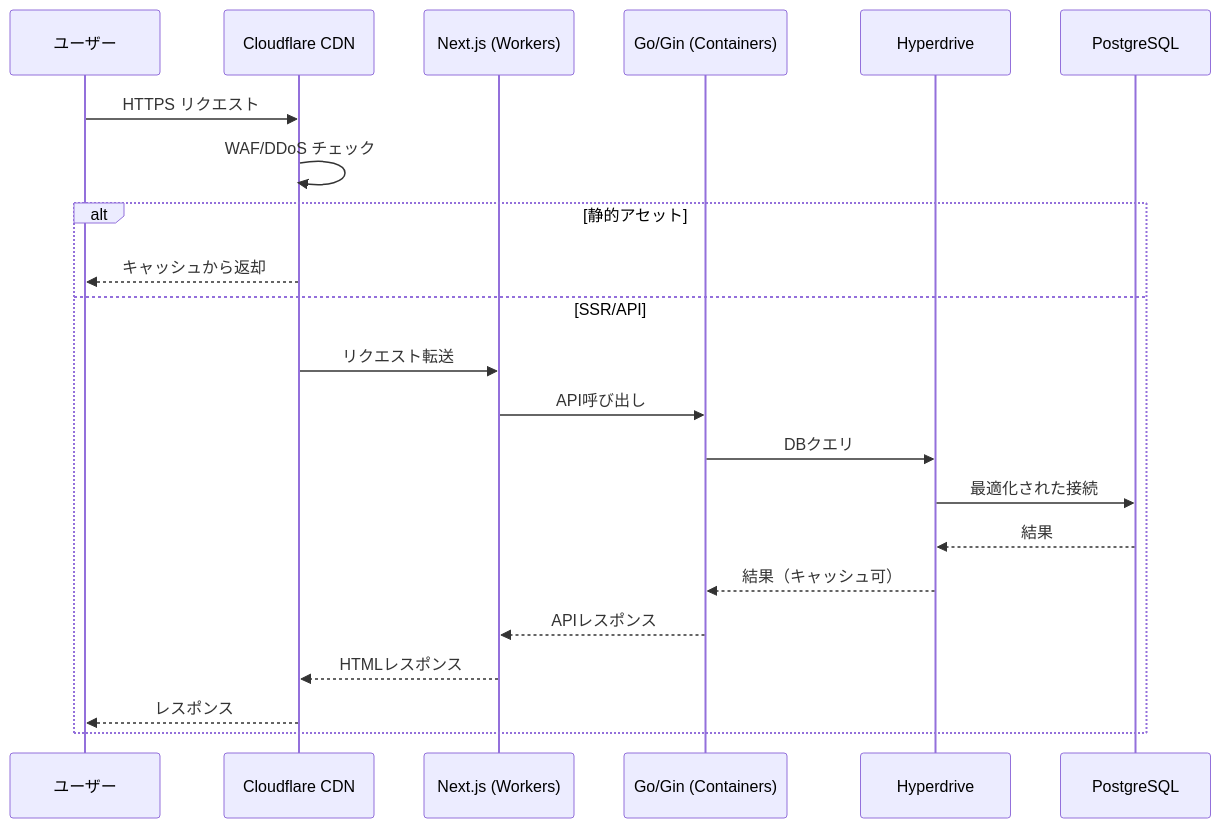
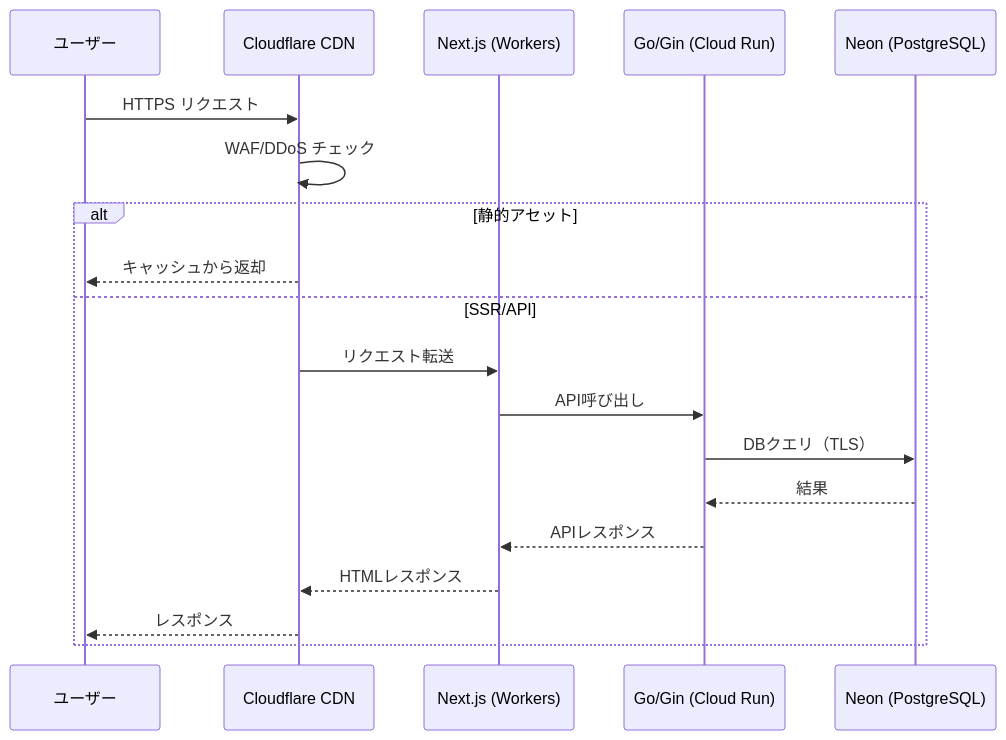
The second of 3 diagrams in docs/infrastructure-configuration.md (yasudaProduct/cinetag), drawn with Mermaid before and after one commit. The commit also changed other lines of this file and 4 other files, not shown here.

````diff
--- a/docs/infrastructure-configuration.md
+++ b/docs/infrastructure-configuration.md
@@ -187,26 +148,23 @@
 ```mermaid
 sequenceDiagram
     participant User as ユーザー
     participant CDN as Cloudflare CDN
     participant FE as Next.js (Workers)
-    participant BE as Go/Gin (Containers)
-    participant HD as Hyperdrive
-    participant DB as PostgreSQL
+    participant BE as Go/Gin (Cloud Run)
+    participant DB as Neon (PostgreSQL)
 
     User->>CDN: HTTPS リクエスト
     CDN->>CDN: WAF/DDoS チェック
     
     alt 静的アセット
         CDN-->>User: キャッシュから返却
     else SSR/API
         CDN->>FE: リクエスト転送
         FE->>BE: API呼び出し
-        BE->>HD: DBクエリ
-        HD->>DB: 最適化された接続
-        DB-->>HD: 結果
-        HD-->>BE: 結果（キャッシュ可）
+        BE->>DB: DBクエリ（TLS）
+        DB-->>BE: 結果
         BE-->>FE: APIレスポンス
         FE-->>CDN: HTMLレスポンス
         CDN-->>User: レスポンス
     end
 ```
````
